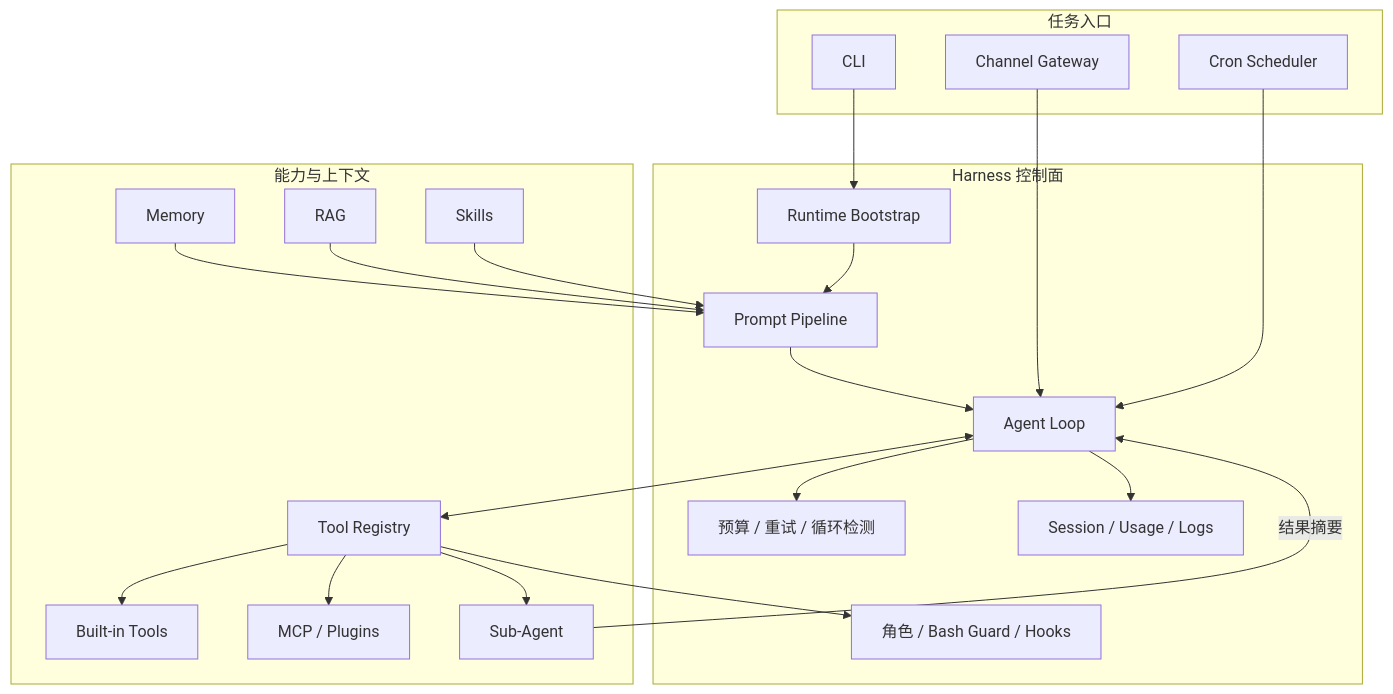
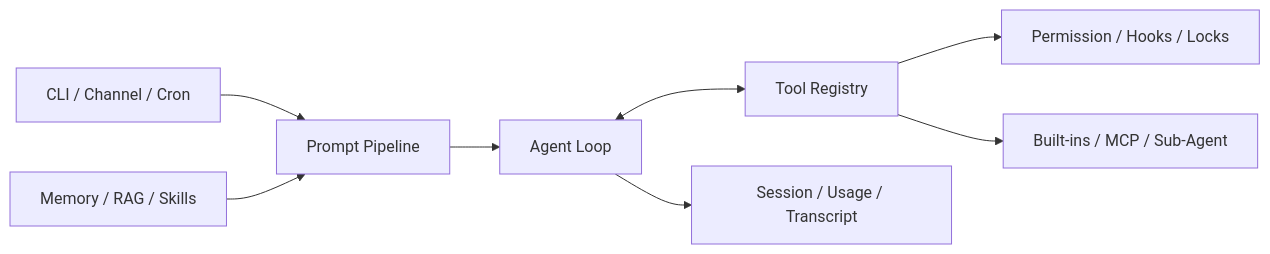
The diagram in README.md (Evan-Lorne/agent-harness), drawn with Mermaid before and after one commit. The commit also changed other lines of this file, not shown here.

````diff
--- a/README.md
+++ b/README.md
@@ -29,43 +40,10 @@
 ```mermaid
-flowchart TB
-  subgraph Entry[任务入口]
-    CLI[CLI]
-    Channel[Channel Gateway]
-    Cron[Cron Scheduler]
-  end
-
-  subgraph Runtime[Harness 控制面]
-    Main[Runtime Bootstrap]
-    Prompt[Prompt Pipeline]
-    Loop[Agent Loop]
-    Guard[预算 / 重试 / 循环检测]
-    Security[角色 / Bash Guard / Hooks]
-    Observe[Session / Usage / Logs]
-  end
-
-  subgraph Capability[能力与上下文]
-    Registry[Tool Registry]
-    Builtins[Built-in Tools]
-    MCP[MCP / Plugins]
-    Memory[Memory]
-    RAG[RAG]
-    Skills[Skills]
-    SubAgent[Sub-Agent]
-  end
-
-  CLI --> Main
-  Main --> Prompt --> Loop
-  Channel --> Loop
-  Cron --> Loop
-  Memory --> Prompt
-  RAG --> Prompt
-  Skills --> Prompt
-  Loop <--> Registry
-  Loop --> Guard
-  Loop --> Observe
-  Registry --> Security
-  Registry --> Builtins
-  Registry --> MCP
-  Registry --> SubAgent
-  SubAgent -->|结果摘要| Loop
+flowchart LR
+  Entry[CLI / Channel / Cron] --> Prompt[Prompt Pipeline]
+  Prompt --> Loop[Agent Loop]
+  Memory[Memory / RAG / Skills] --> Prompt
+  Loop <--> Tools[Tool Registry]
+  Tools --> Guard[Permission / Hooks / Locks]
+  Tools --> Capability[Built-ins / MCP / Sub-Agent]
+  Loop --> Record[Session / Usage / Transcript]
 ```
````
